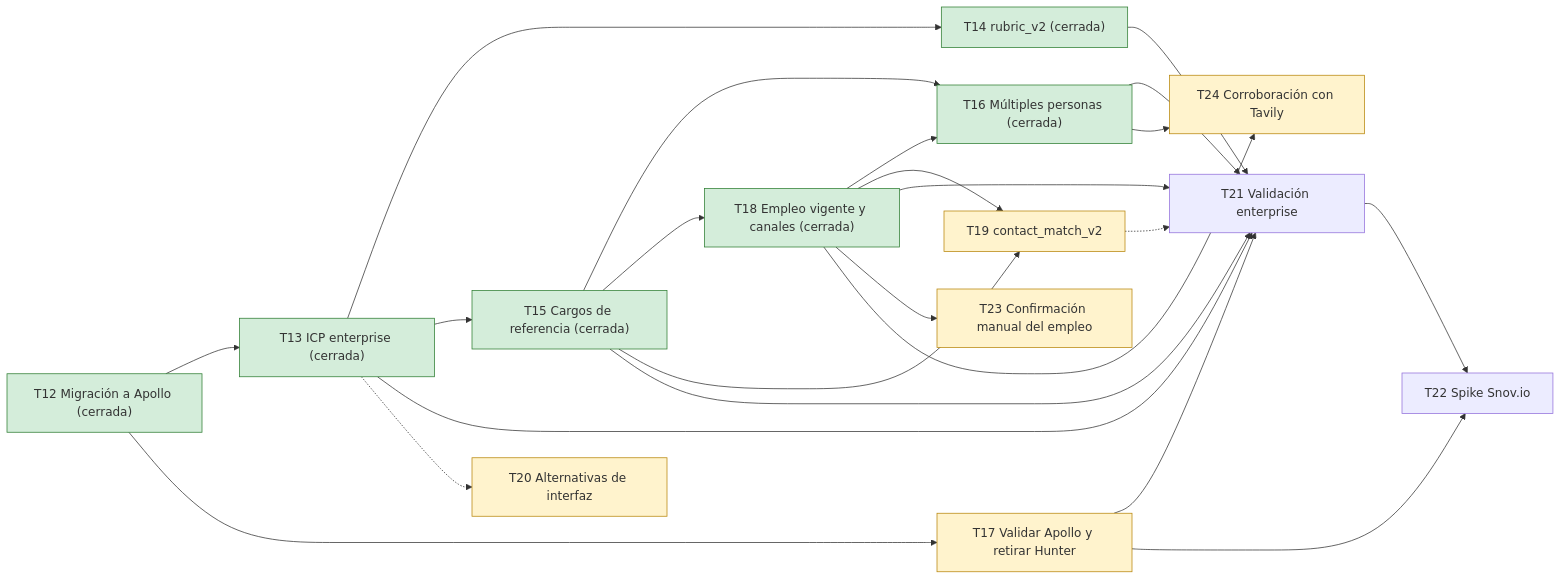
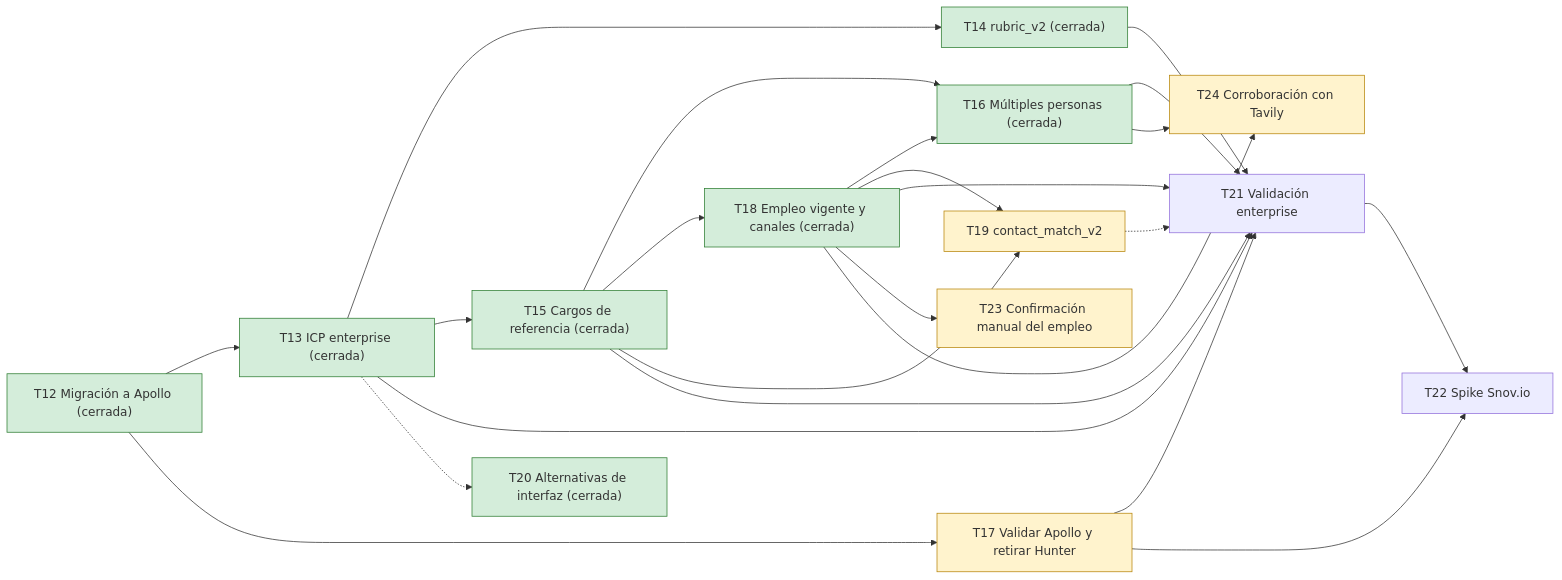
One commit to ThomasSerna/veryfi-prospecting changed the diagram in docs/Roadmap.md. Above: the diagram before and after it, drawn with Mermaid. The commit also changed other lines of this file, not shown here.

Commit message:
docs: marcar T20 cerrada y anotar el avance de T17 en el Roadmap

````diff
--- a/docs/Roadmap.md
+++ b/docs/Roadmap.md
@@ -54,40 +53,40 @@
 ```mermaid
 flowchart LR
     T12["T12 Migración a Apollo (cerrada)"]:::closed
     T13["T13 ICP enterprise (cerrada)"]:::closed
     T14["T14 rubric_v2 (cerrada)"]:::closed
     T15["T15 Cargos de referencia (cerrada)"]:::closed
     T16["T16 Múltiples personas (cerrada)"]:::closed
     T17["T17 Validar Apollo y retirar Hunter"]:::ready
     T18["T18 Empleo vigente y canales (cerrada)"]:::closed
     T19["T19 contact_match_v2"]:::ready
-    T20["T20 Alternativas de interfaz"]:::ready
+    T20["T20 Alternativas de interfaz (cerrada)"]:::closed
     T21["T21 Validación enterprise"]
     T22["T22 Spike Snov.io"]
     T23["T23 Confirmación manual del empleo"]:::ready
     T24["T24 Corroboración con Tavily"]:::ready
     T12 --> T13
     T12 --> T17
     T13 --> T14
     T13 --> T15
     T15 --> T16
     T15 --> T18
     T15 --> T19
     T18 --> T16
     T18 --> T19
     T13 --> T21
     T14 --> T21
     T15 --> T21
     T16 --> T21
     T17 --> T21
     T18 --> T21
     T21 --> T22
     T17 --> T22
     T13 -.-> T20
     T19 -.-> T21
     T18 --> T23
     T18 --> T24
     T16 --> T24
     classDef closed fill:#d4edda,stroke:#2e7d32
     classDef ready fill:#fff3cd,stroke:#b8860b
 ```
````
